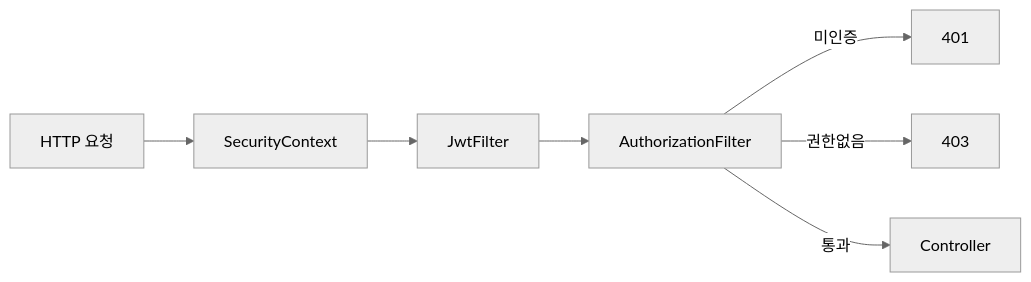
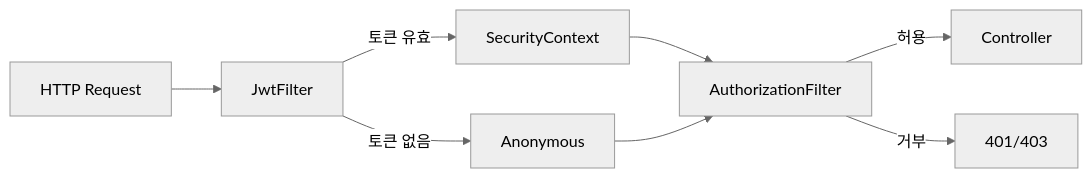
One commit to yjkim2015/yjkim2015.github.io changed the sixth of 6 diagrams in _posts/spring/2026-05-02-spring-security-deep.md. Above: the diagram before and after it, drawn with Mermaid (neutral theme). The commit also changed other lines of this file and 4 other files, not shown here.

````diff
--- a/_posts/spring/2026-05-02-spring-security-deep.md
+++ b/_posts/spring/2026-05-02-spring-security-deep.md
@@ -654,9 +1326,10 @@
 ```mermaid
 graph LR
-    A["HTTP 요청"] --> B["SecurityContext"]
-    B --> C["JwtFilter"]
-    C --> D["AuthorizationFilter"]
-    D -->|"미인증"| E["401"]
-    D -->|"권한없음"| F["403"]
-    D -->|"통과"| G["Controller"]
+    A[HTTP Request] --> B[JwtFilter]
+    B -->|토큰 유효| C[SecurityContext]
+    B -->|토큰 없음| D[Anonymous]
+    C --> E[AuthorizationFilter]
+    D --> E
+    E -->|허용| F[Controller]
+    E -->|거부| G[401/403]
 ```
````
